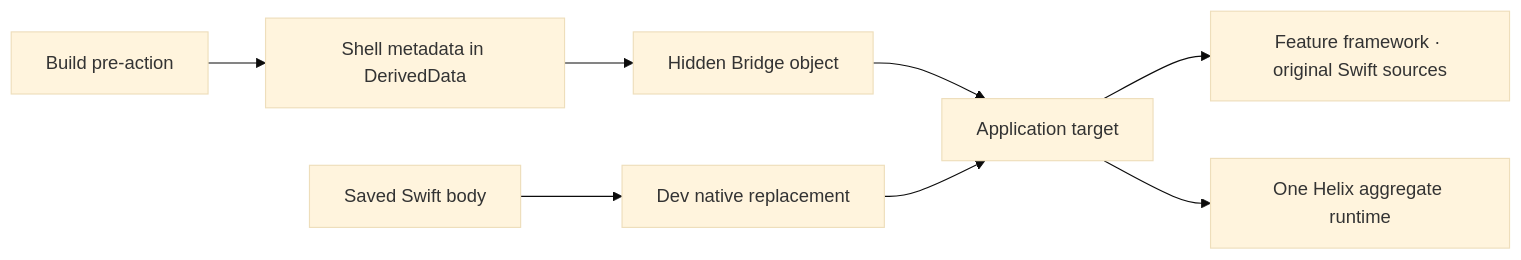
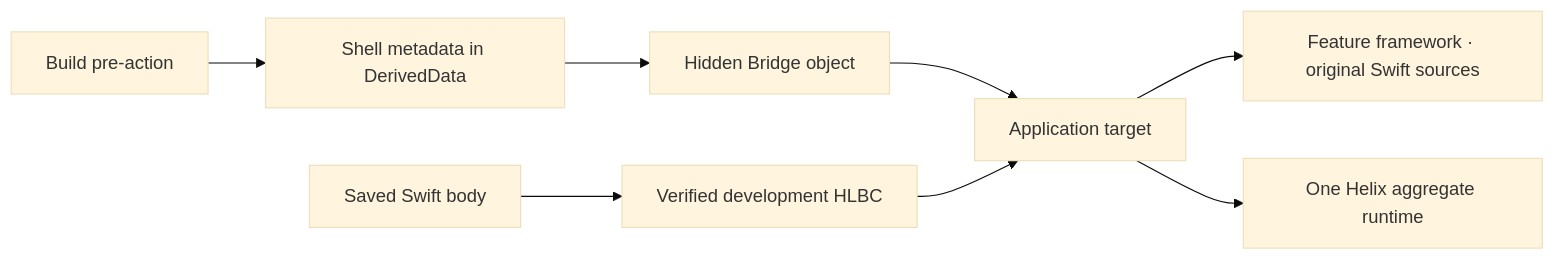
Before and after one commit to TangentW/Helix: the diagram in Docs/Getting-Started.md, drawn with Mermaid (base theme). The commit also changed other lines of this file and 104 other files, not shown here.

````diff
--- a/Docs/Getting-Started.md
+++ b/Docs/Getting-Started.md
@@ -27,10 +27,10 @@
 ```mermaid
 flowchart LR
     A["Application target"] --> F["Feature framework · original Swift sources"]
     A --> R["One Helix aggregate runtime"]
     P["Build pre-action"] --> S["Shell metadata in DerivedData"]
     S --> H["Hidden Bridge object"]
     H --> A
-    D["Saved Swift body"] --> N["Dev native replacement"]
+    D["Saved Swift body"] --> N["Verified development HLBC"]
     N --> A
 ```
````
